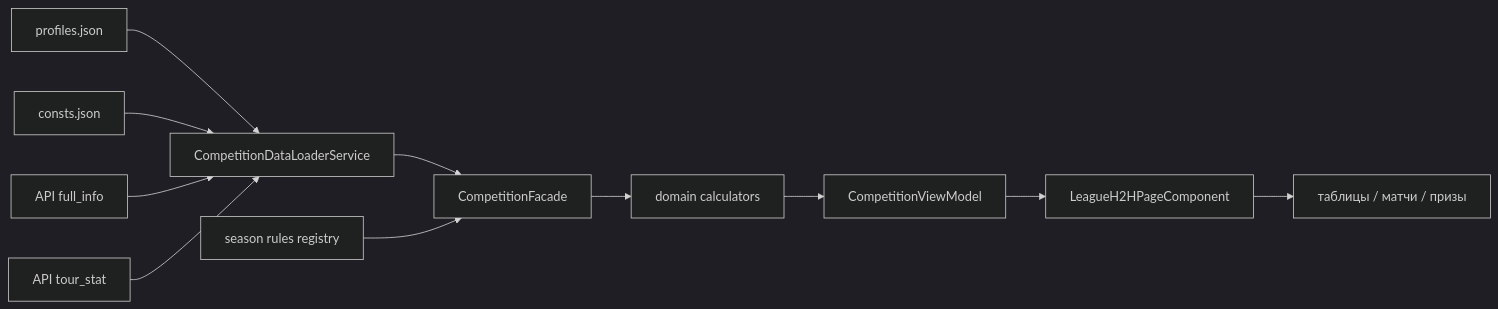
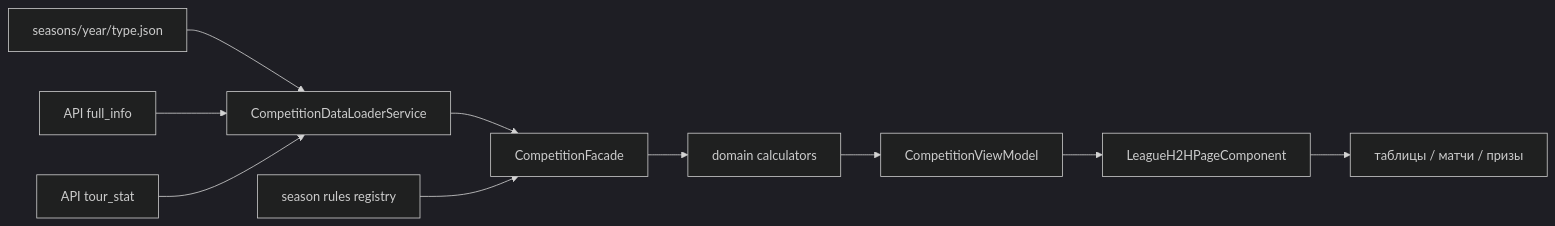
One commit to aleshkinpaul/fantasy changed the diagram in docs/ARCHITECTURE.md. Above: the diagram before and after it, drawn with Mermaid (dark theme). The commit also changed other lines of this file and 17 other files, not shown here.

````diff
--- a/docs/ARCHITECTURE.md
+++ b/docs/ARCHITECTURE.md
@@ -51,13 +51,12 @@
 ```mermaid
 flowchart LR
-    P[profiles.json] --> L[CompetitionDataLoaderService]
-    K[consts.json] --> L
+    S[seasons/year/type.json] --> L[CompetitionDataLoaderService]
     A1[API full_info] --> L
     A2[API tour_stat] --> L
     L --> F[CompetitionFacade]
     G[season rules registry] --> F
     F --> D[domain calculators]
     D --> V[CompetitionViewModel]
     V --> C[LeagueH2HPageComponent]
     C --> U[таблицы / матчи / призы]
 ```
````
